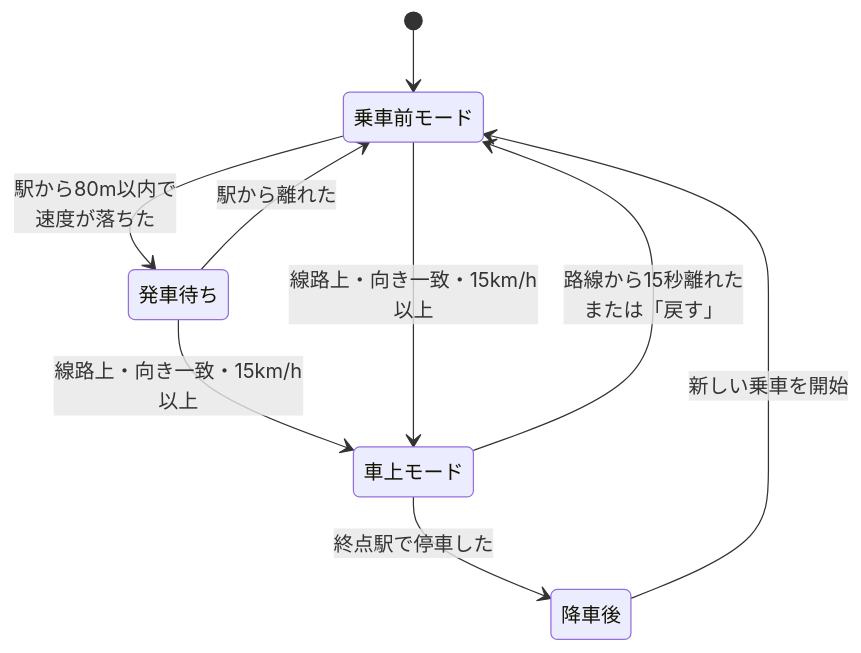
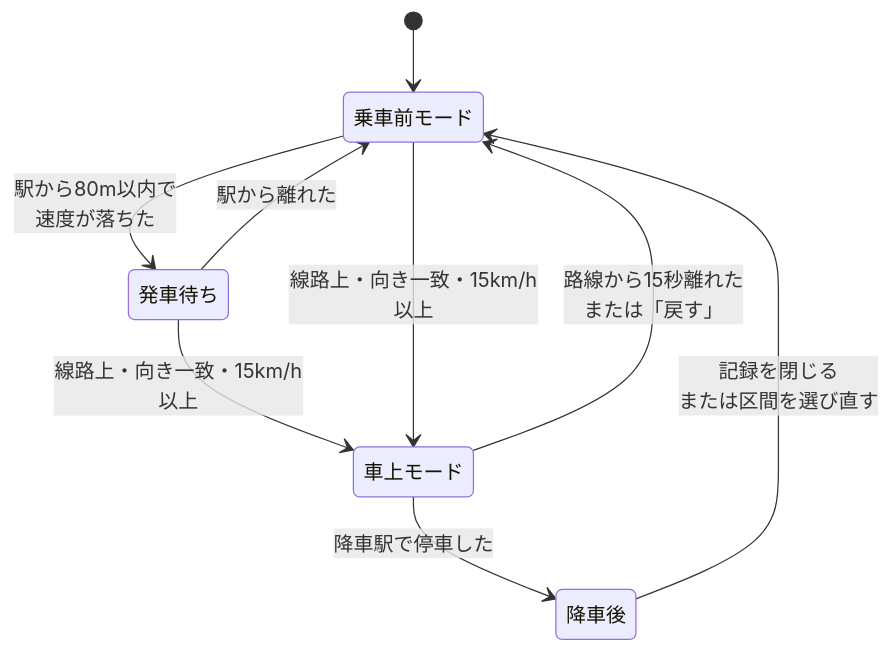
One commit to Hexran-123/2026Expo changed the first of 3 diagrams in docs/設計書.md. Above: the diagram before and after it, drawn with Mermaid. The commit also changed other lines of this file and 34 other files, not shown here.

First line of the commit message:
路線ごとにデータを分け、地図画面から余分なものを畳む

````diff
--- a/docs/設計書.md
+++ b/docs/設計書.md
@@ -81,11 +85,11 @@
 ```mermaid
 stateDiagram-v2
     [*] --> 乗車前モード
     乗車前モード --> 発車待ち: 駅から80m以内で<br/>速度が落ちた
     発車待ち --> 乗車前モード: 駅から離れた
     発車待ち --> 車上モード: 線路上・向き一致・15km/h以上
     乗車前モード --> 車上モード: 線路上・向き一致・15km/h以上
     車上モード --> 乗車前モード: 路線から15秒離れた<br/>または「戻す」
-    車上モード --> 降車後: 終点駅で停車した
-    降車後 --> 乗車前モード: 新しい乗車を開始
+    車上モード --> 降車後: 降車駅で停車した
+    降車後 --> 乗車前モード: 記録を閉じる<br/>または区間を選び直す
 ```
````
